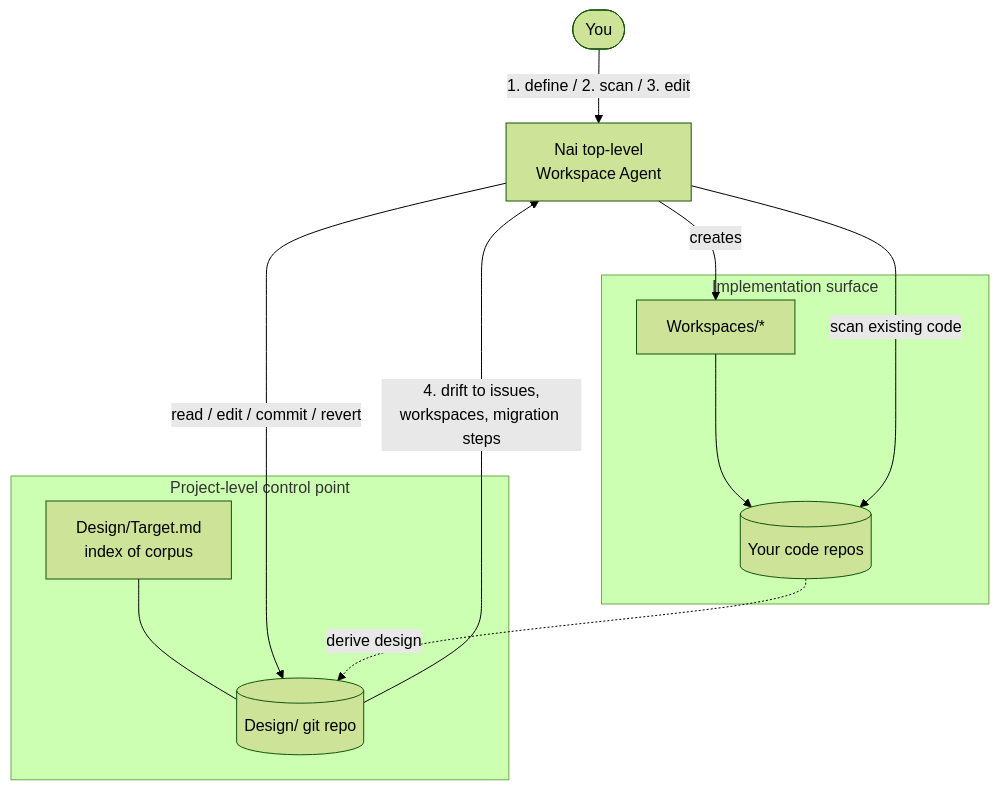
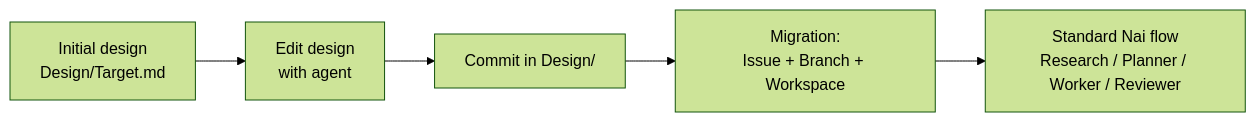
The diagram in README.md (piontkovsk11andre1/nai-design-addon), drawn with Mermaid (forest theme) before and after one commit.

Commit message:
Refactor flowchart in README to improve clarity of design integration process

````diff
--- a/README.md
+++ b/README.md
@@ -19,25 +19,7 @@
 ```mermaid
-flowchart TB
-    User([You])
-    Agent[Nai top-level<br/>Workspace Agent]
-
-    subgraph Control [Project-level control point]
-        Design[(Design/ git repo)]
-        Target[Design/Target.md<br/>index of corpus]
-        Target --- Design
-    end
-
-    subgraph Impl [Implementation surface]
-        WS[Workspaces/*]
-        Repos[(Your code repos)]
-        WS --> Repos
-    end
-
-    User -- "1. define / 2. scan / 3. edit" --> Agent
-    Agent -- read / edit / commit / revert --> Design
-    Agent -- scan existing code --> Repos
-    Repos -. derive design .-> Design
-
-    Design -- "4. drift to issues,<br/>workspaces, migration steps" --> Agent
-    Agent -- creates --> WS
+flowchart LR
+    Start[Initial design<br/>Design/Target.md] --> Edit[Edit design<br/>with agent]
+    Edit --> Commit[Commit in Design/]
+    Commit --> Migration[Migration:<br/>Issue + Branch + Workspace]
+    Migration --> Nai[Standard Nai flow<br/>Research / Planner / Worker / Reviewer]
 ```
````
